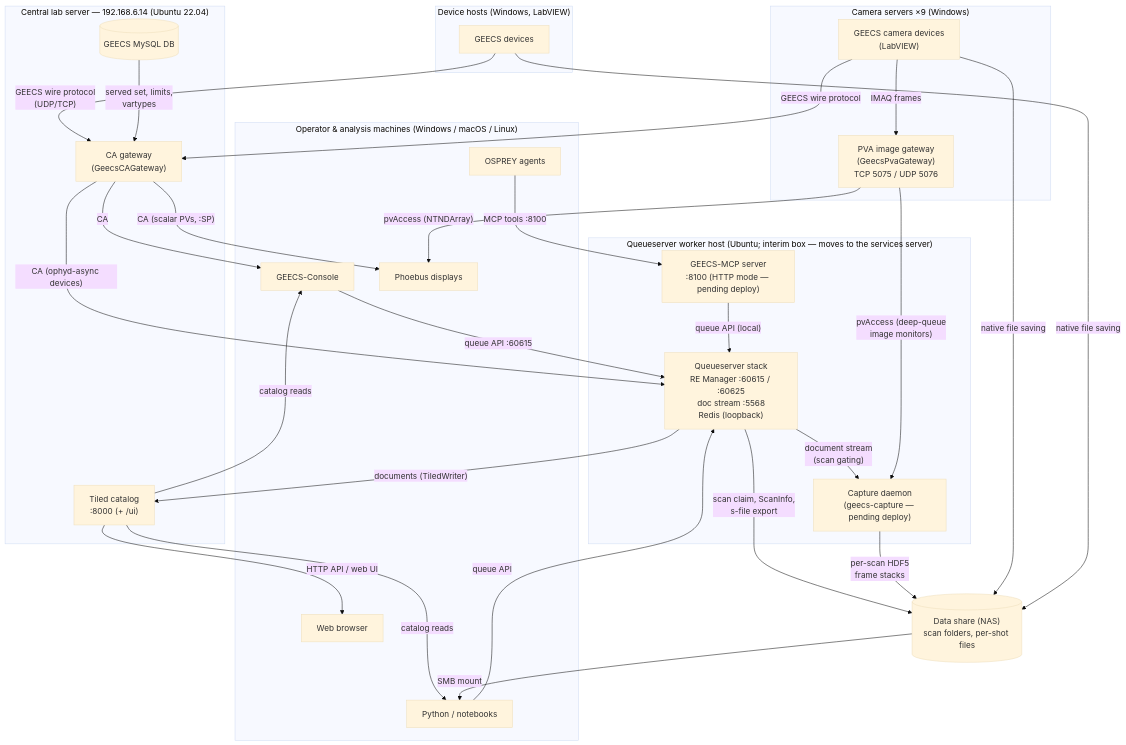
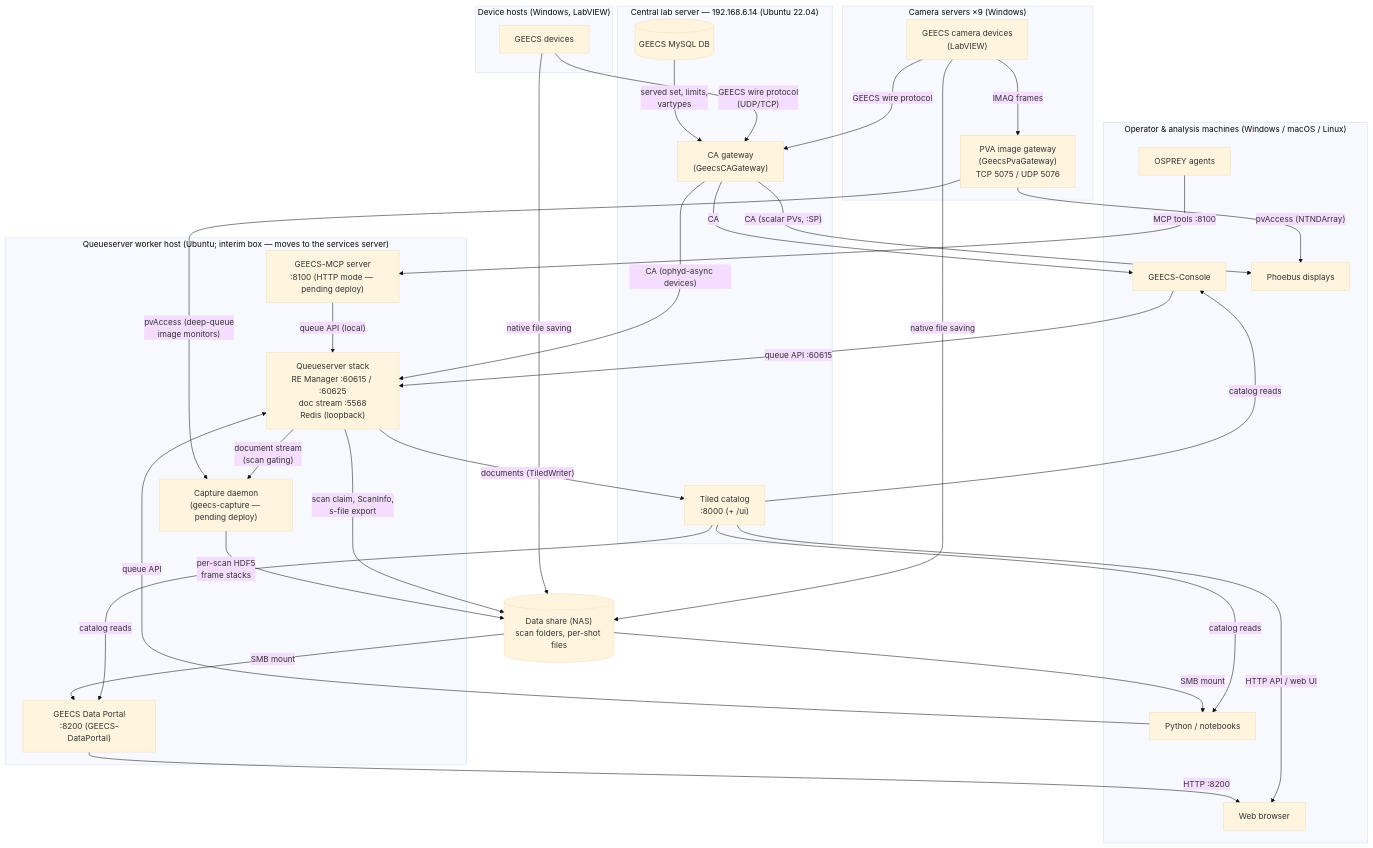
The diagram in docs/platform/fleet_map.md (GEECS-BELLA/GEECS-Plugins), drawn with Mermaid (base theme) before and after one commit. The commit also changed other lines of this file and 5 other files, not shown here.

````diff
--- a/docs/platform/fleet_map.md
+++ b/docs/platform/fleet_map.md
@@ -23,61 +24,65 @@
 ```mermaid
 flowchart TB
     subgraph clients["Operator & analysis machines (Windows / macOS / Linux)"]
         console["GEECS-Console"]
         phoebus["Phoebus displays"]
         nb["Python / notebooks"]
         osprey["OSPREY agents"]
         browser["Web browser"]
     end
 
     subgraph central["Central lab server — 192.168.6.14 (Ubuntu 22.04)"]
         cagw["CA gateway<br/>(GeecsCAGateway)"]
         tiled["Tiled catalog<br/>:8000 (+ /ui)"]
         db[("GEECS MySQL DB")]
     end
 
     subgraph worker["Queueserver worker host (Ubuntu; interim box — moves to the services server)"]
         qs["Queueserver stack<br/>RE Manager :60615 / :60625<br/>doc stream :5568<br/>Redis (loopback)"]
         mcp["GEECS-MCP server<br/>:8100 (HTTP mode — pending deploy)"]
         capture["Capture daemon<br/>(geecs-capture — pending deploy)"]
+        portal["GEECS Data Portal<br/>:8200 (GEECS-DataPortal)"]
     end
 
     subgraph camsrv["Camera servers ×9 (Windows)"]
         cams["GEECS camera devices<br/>(LabVIEW)"]
         pvagw["PVA image gateway<br/>(GeecsPvaGateway)<br/>TCP 5075 / UDP 5076"]
     end
 
     subgraph devhosts["Device hosts (Windows, LabVIEW)"]
         devs["GEECS devices"]
     end
 
     nas[("Data share (NAS)<br/>scan folders, per-shot files")]
 
     devs -- "GEECS wire protocol<br/>(UDP/TCP)" --> cagw
     cams -- "GEECS wire protocol" --> cagw
     cams -- "IMAQ frames" --> pvagw
     db -- "served set, limits,<br/>vartypes" --> cagw
 
     cagw -- "CA (scalar PVs, :SP)" --> phoebus
     cagw -- "CA" --> console
     cagw -- "CA (ophyd-async devices)" --> qs
     pvagw -- "pvAccess (NTNDArray)" --> phoebus
 
     console -- "queue API :60615" --> qs
     nb -- "queue API" --> qs
     osprey -- "MCP tools :8100" --> mcp
     mcp -- "queue API (local)" --> qs
 
     qs -- "documents (TiledWriter)" --> tiled
     qs -- "scan claim, ScanInfo,<br/>s-file export" --> nas
     qs -- "document stream<br/>(scan gating)" --> capture
     pvagw -- "pvAccess (deep-queue<br/>image monitors)" --> capture
     capture -- "per-scan HDF5<br/>frame stacks" --> nas
     cams -- "native file saving" --> nas
     devs -- "native file saving" --> nas
 
     tiled -- "HTTP API / web UI" --> browser
     tiled -- "catalog reads" --> console
     tiled -- "catalog reads" --> nb
+    tiled -- "catalog reads" --> portal
+    nas -- "SMB mount" --> portal
+    portal -- "HTTP :8200" --> browser
     nas -- "SMB mount" --> nb
 ```
````
